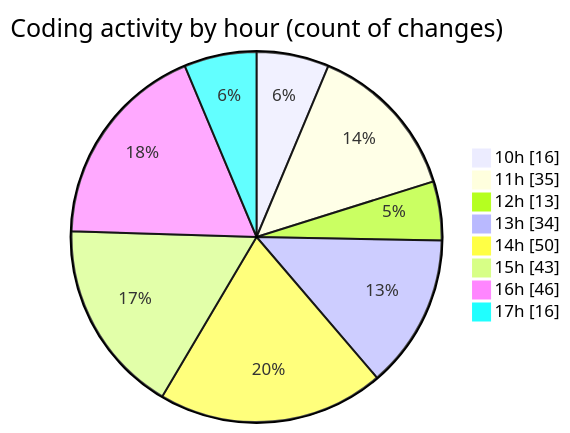
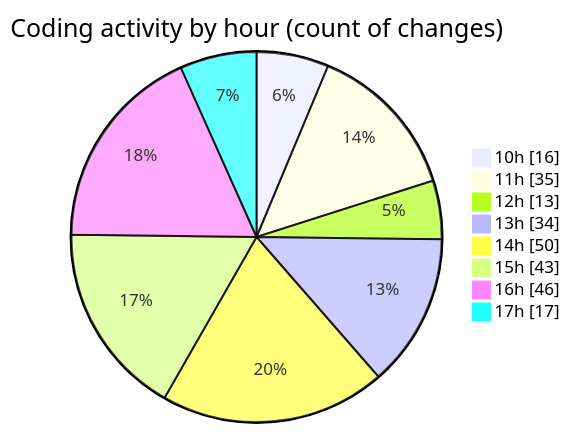
One commit to charlie-sans/code-tracking changed the second of 2 diagrams in 2025-02-20/micros/README.md. Above: the diagram before and after it, drawn with Mermaid. The commit also changed other lines of this file and 1 other file, not shown here.

````diff
--- a/2025-02-20/micros/README.md
+++ b/2025-02-20/micros/README.md
@@ -70,12 +70,12 @@
 ```mermaid
 pie showData
 title Coding activity by hour (count of changes)
 "10h" : 16
 "11h" : 35
 "12h" : 13
 "13h" : 34
 "14h" : 50
 "15h" : 43
 "16h" : 46
-"17h" : 16
+"17h" : 17
 ```
````
